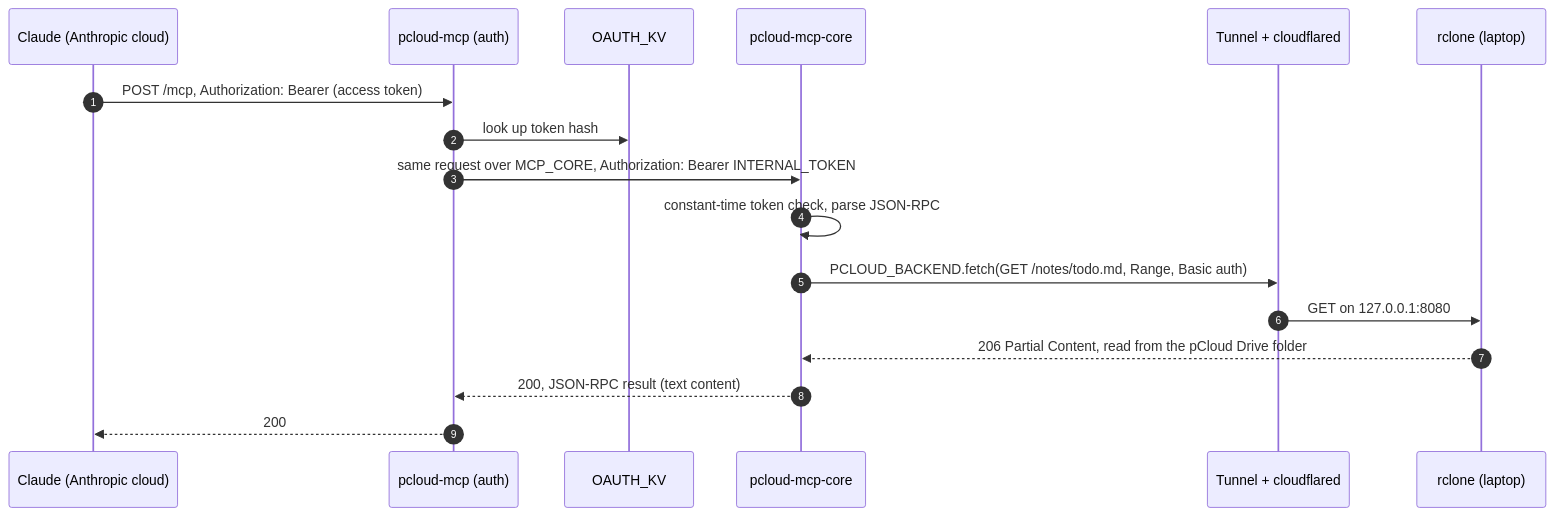
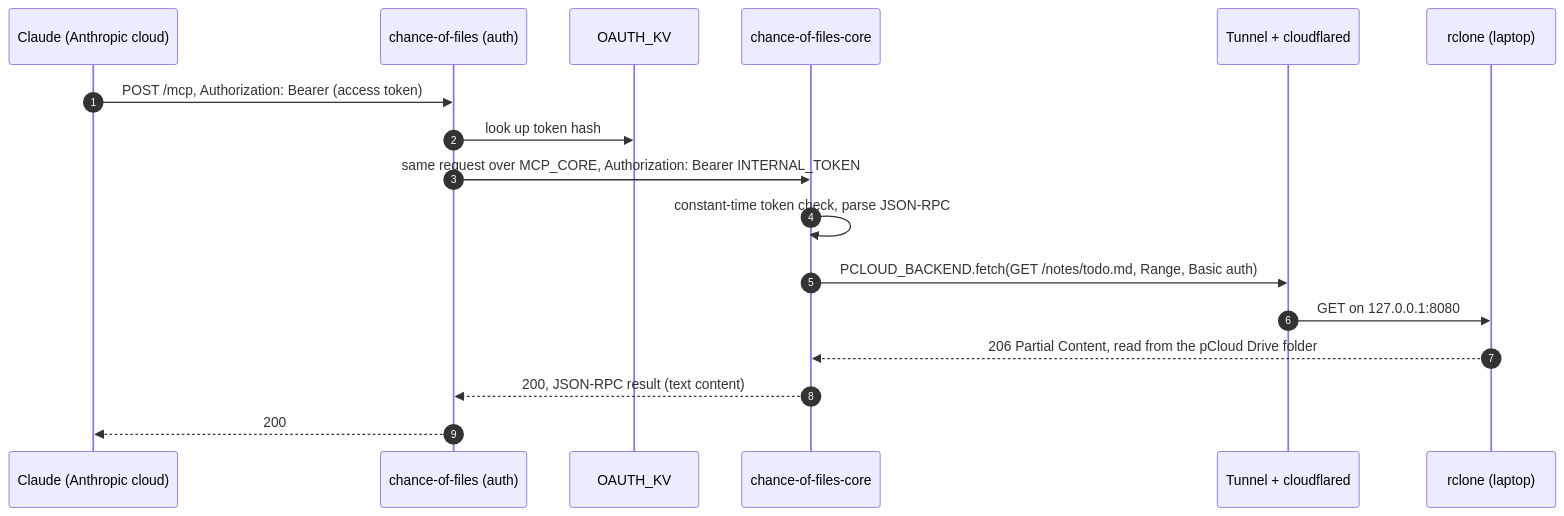
One commit to tywrr/pcloud-mcp changed the diagram in docs/architecture.md. Above: the diagram before and after it, drawn with Mermaid. The commit also changed other lines of this file and 43 other files, not shown here.

````diff
--- a/docs/architecture.md
+++ b/docs/architecture.md
@@ -25,19 +25,19 @@
 ```mermaid
 sequenceDiagram
   autonumber
   participant C as Claude (Anthropic cloud)
-  participant A as pcloud-mcp (auth)
+  participant A as chance-of-files (auth)
   participant K as OAUTH_KV
-  participant M as pcloud-mcp-core
+  participant M as chance-of-files-core
   participant T as Tunnel + cloudflared
   participant R as rclone (laptop)
   C->>A: POST /mcp, Authorization: Bearer (access token)
   A->>K: look up token hash
   A->>M: same request over MCP_CORE, Authorization: Bearer INTERNAL_TOKEN
   M->>M: constant-time token check, parse JSON-RPC
   M->>T: PCLOUD_BACKEND.fetch(GET /notes/todo.md, Range, Basic auth)
   T->>R: GET on 127.0.0.1:8080
   R-->>M: 206 Partial Content, read from the pCloud Drive folder
   M-->>A: 200, JSON-RPC result (text content)
   A-->>C: 200
 ```
````
